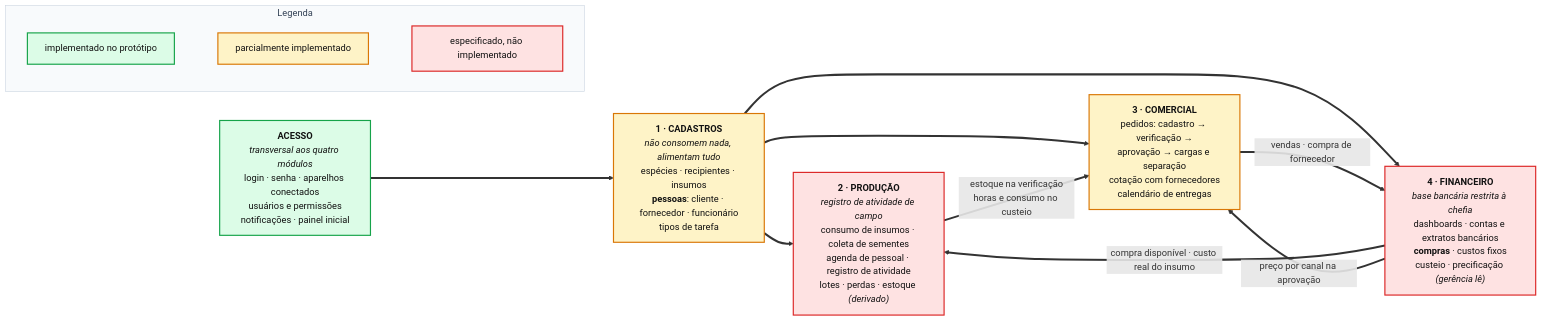
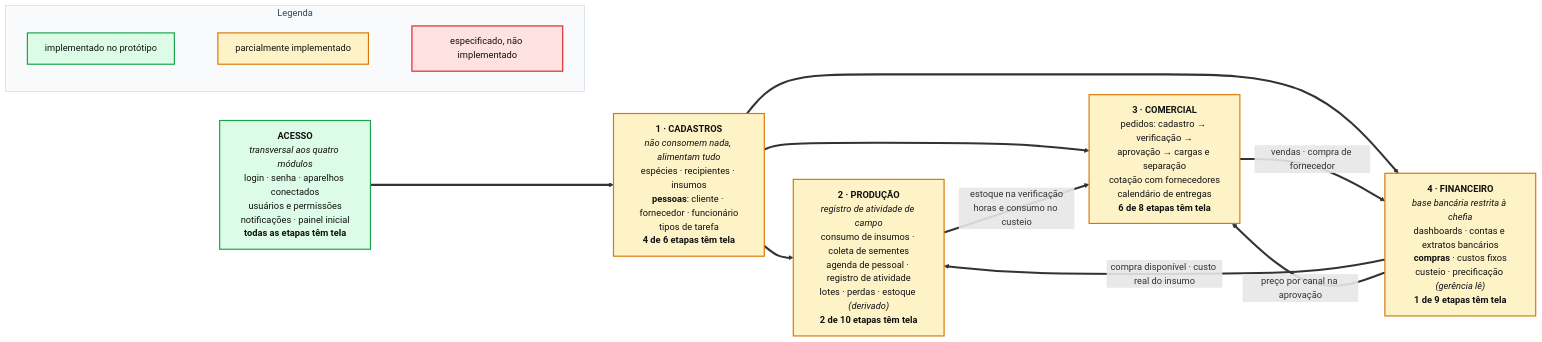
The diagram in docs/rotinas/img/mapa-sistema-v2.mmd (JoaoMudar/mudar), drawn with Mermaid before and after one commit. The commit also changed other lines of this file and 19 other files, not shown here.

First line of the commit message:
@ docs(rotinas): cor no .mmd, cinza no .png, e um status so

```diff
--- a/docs/rotinas/img/mapa-sistema-v2.mmd
+++ b/docs/rotinas/img/mapa-sistema-v2.mmd
@@ -1,47 +1,52 @@
 %% Mapa consolidado — QUATRO modulos, com Acesso transversal.
 %% Fonte unica da taxonomia. Espelhada em `src/lib/modules.ts` (navegacao) e
 %% nos comentarios de secao de `src/lib/permissions.ts` (matriz do D4).
 %% Este mapa e de nivel de modulo de proposito: o fluxo entre eles e um CICLO,
 %% e desenhar as ~25 telas junto com o ciclo produzia um emaranhado ilegivel.
 %% O que tem dentro de cada modulo esta em mapa-1-cadastros .. mapa-4-financeiro.
 flowchart LR
-  ACC["<b>ACESSO</b><br/><i>transversal aos quatro módulos</i><br/>login · senha · aparelhos conectados<br/>usuários e permissões<br/>notificações · painel inicial"]
+  ACC["<b>ACESSO</b><br/><i>transversal aos quatro módulos</i><br/>login · senha · aparelhos conectados<br/>usuários e permissões<br/>notificações · painel inicial<br/><b>todas as etapas têm tela</b>"]
 
-  CAD["<b>1 · CADASTROS</b><br/><i>não consomem nada, alimentam tudo</i><br/>espécies · recipientes · insumos<br/><b>pessoas</b>: cliente · fornecedor · funcionário<br/>tipos de tarefa"]
+  CAD["<b>1 · CADASTROS</b><br/><i>não consomem nada, alimentam tudo</i><br/>espécies · recipientes · insumos<br/><b>pessoas</b>: cliente · fornecedor · funcionário<br/>tipos de tarefa<br/><b>4 de 6 etapas têm tela</b>"]
 
-  PRO["<b>2 · PRODUÇÃO</b><br/><i>registro de atividade de campo</i><br/>consumo de insumos · coleta de sementes<br/>agenda de pessoal · registro de atividade<br/>lotes · perdas · estoque <i>(derivado)</i>"]
+  PRO["<b>2 · PRODUÇÃO</b><br/><i>registro de atividade de campo</i><br/>consumo de insumos · coleta de sementes<br/>agenda de pessoal · registro de atividade<br/>lotes · perdas · estoque <i>(derivado)</i><br/><b>2 de 10 etapas têm tela</b>"]
 
-  COM["<b>3 · COMERCIAL</b><br/>pedidos: cadastro → verificação →<br/>aprovação → cargas e separação<br/>cotação com fornecedores<br/>calendário de entregas"]
+  COM["<b>3 · COMERCIAL</b><br/>pedidos: cadastro → verificação →<br/>aprovação → cargas e separação<br/>cotação com fornecedores<br/>calendário de entregas<br/><b>6 de 8 etapas têm tela</b>"]
 
-  FIN["<b>4 · FINANCEIRO</b><br/><i>base bancária restrita à chefia</i><br/>dashboards · contas e extratos bancários<br/><b>compras</b> · custos fixos<br/>custeio · precificação <i>(gerência lê)</i>"]
+  FIN["<b>4 · FINANCEIRO</b><br/><i>base bancária restrita à chefia</i><br/>dashboards · contas e extratos bancários<br/><b>compras</b> · custos fixos<br/>custeio · precificação <i>(gerência lê)</i><br/><b>1 de 9 etapas têm tela</b>"]
 
   ACC ==> CAD
 
   %% Cadastros alimenta todo mundo e nao consome nada. E o unico sem entrada.
   CAD ==> PRO
   CAD ==> COM
   CAD ==> FIN
 
   %% O ciclo. Quebrar qualquer elo faz o preco voltar a ser chute.
   FIN ==>|"compra disponível · custo real do insumo"| PRO
   PRO ==>|"estoque na verificação<br/>horas e consumo no custeio"| COM
   COM ==>|"vendas · compra de fornecedor"| FIN
   FIN ==>|"preço por canal na aprovação"| COM
 
   subgraph LEG["Legenda"]
     direction LR
     L1["implementado no protótipo"]
     L2["parcialmente implementado"]
     L3["especificado, não implementado"]
     L1 ~~~ L2 ~~~ L3
   end
 
+  %% Paleta de STATUS — a fonte e colorida de proposito; o PNG sai em cinza.
+  %% Quem troca a cor pelo cinza e `npm run docs:mapas` (scripts/render-mapas.mjs).
+  %% Criterio: ok = toda etapa do modulo tem tela · meio = parte tem · falta = nenhuma tem.
   classDef ok fill:#dcfce7,stroke:#16a34a,stroke-width:2px,color:#111
   classDef meio fill:#fef3c7,stroke:#d97706,stroke-width:2px,color:#111
   classDef falta fill:#fee2e2,stroke:#dc2626,stroke-width:2px,color:#111
   classDef grupo fill:#f8fafc,stroke:#cbd5e1,stroke-width:1px,color:#334155
+  classDef ator fill:#374151,stroke:#111827,stroke-width:2px,color:#f9fafb
+  classDef decisao fill:#e2e8f0,stroke:#475569,stroke-width:2px,color:#111
 
   class ACC,L1 ok
-  class CAD,COM,L2 meio
-  class PRO,FIN,L3 falta
+  class CAD,PRO,COM,FIN,L2 meio
+  class L3 falta
   class LEG grupo
```
